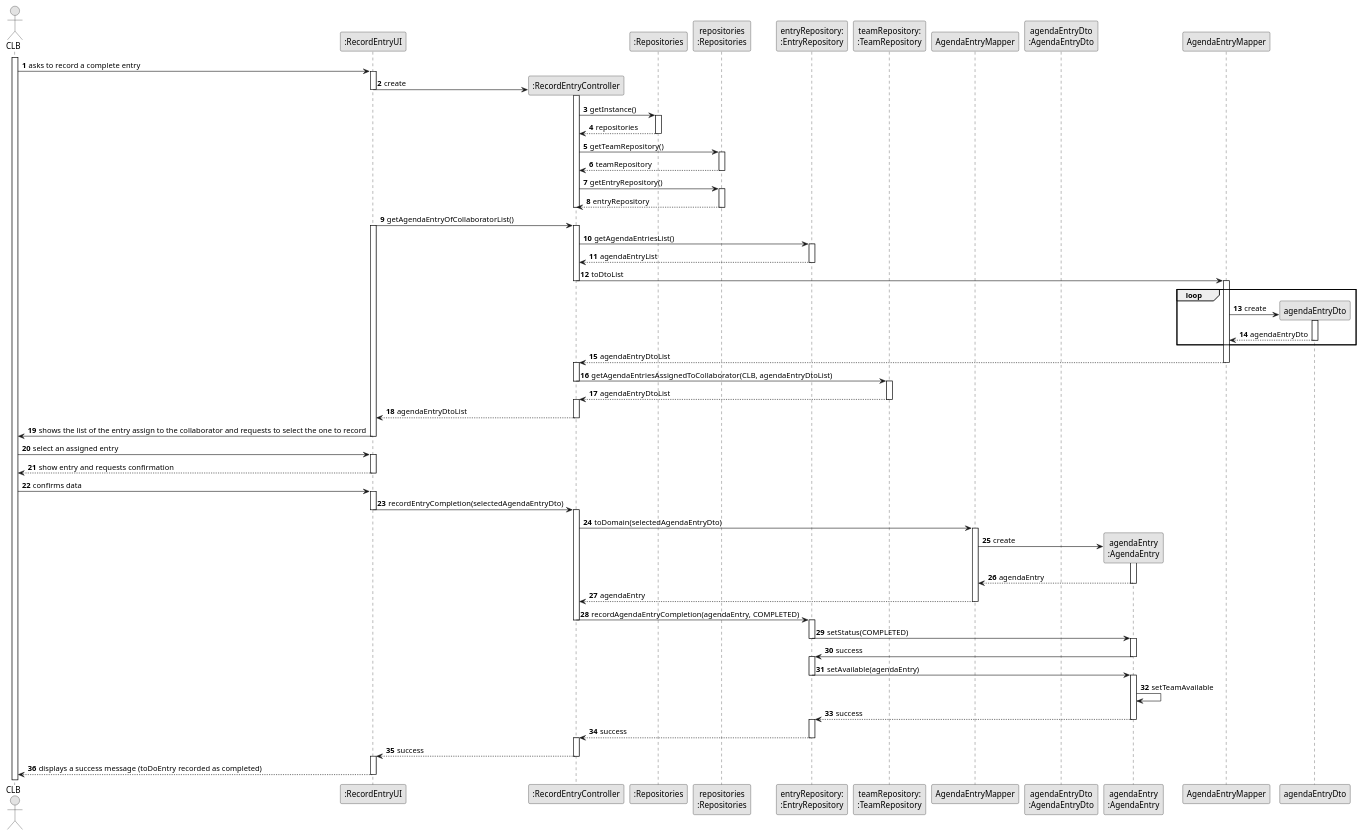
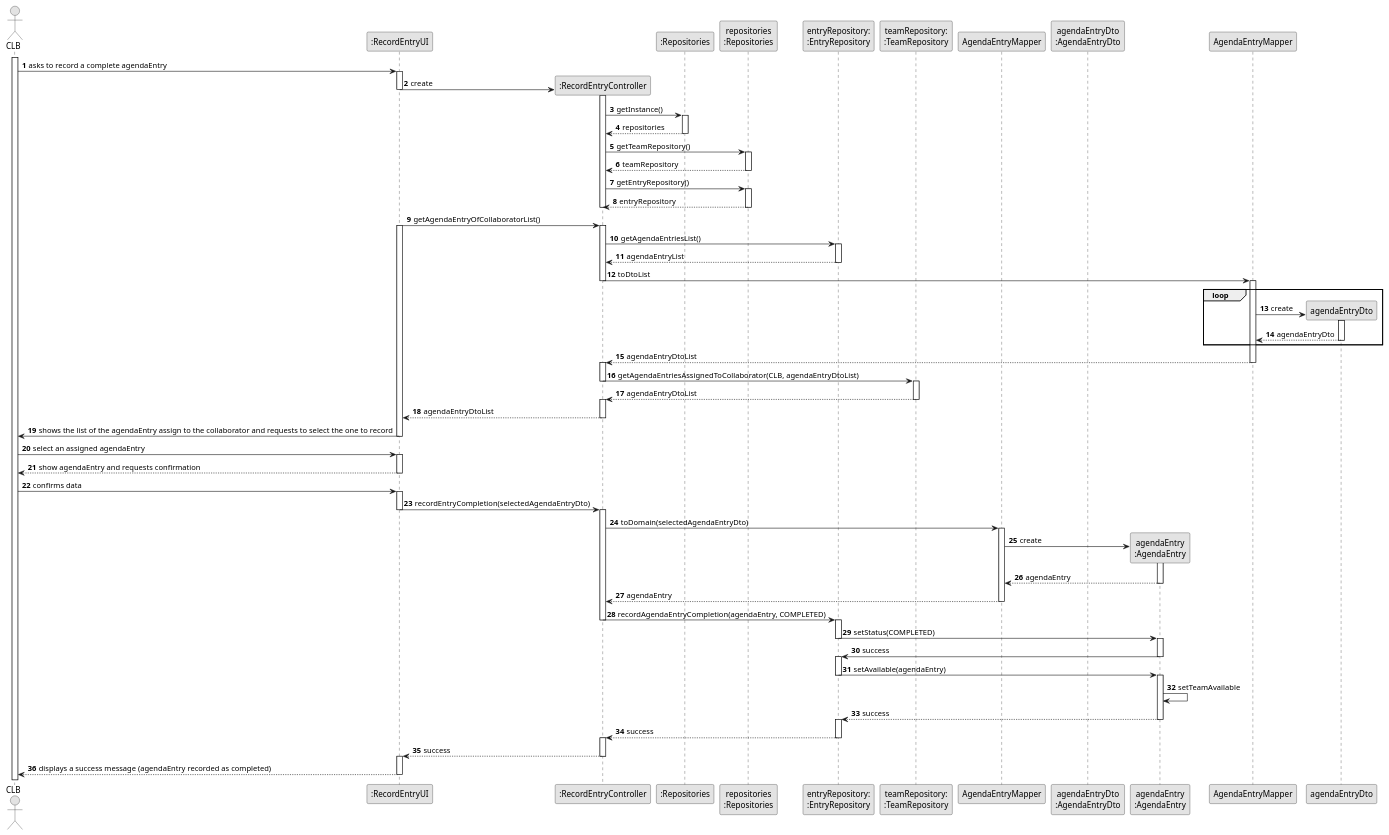
The diagram in docs/sprintC/us029/03.design/puml/us029-sequence-diagram-full.puml (ricardomm7/leaflink), drawn with PlantUML before and after one commit. The commit also changed 20 other files, not shown here.

```diff
--- a/docs/sprintC/us029/03.design/puml/us029-sequence-diagram-full.puml
+++ b/docs/sprintC/us029/03.design/puml/us029-sequence-diagram-full.puml
@@ -1,152 +1,152 @@
 @startuml
 skinparam monochrome true
 skinparam packageStyle rectangle
 skinparam shadowing false
 
 autonumber
 
 actor "CLB" as CLB
 participant ":RecordEntryUI" as UI
 participant ":RecordEntryController" as CTRL
 participant ":Repositories" as RepositorySingleton
 participant "repositories\n:Repositories" as PLAT
 participant "entryRepository:\n:EntryRepository" as EntryRepo
 participant "teamRepository:\n:TeamRepository" as TeamRepo
 participant "AgendaEntryMapper" as EntryMapper
 participant "agendaEntryDto\n:AgendaEntryDto" as EntryDto
 participant "agendaEntry\n:AgendaEntry" as AgendaEntry
 
 
 activate CLB
 
-    CLB -> UI : asks to record a complete entry
+    CLB -> UI : asks to record a complete agendaEntry
     activate UI
 
         UI -> CTRL** : create
         deactivate UI
         activate CTRL
 
             CTRL -> RepositorySingleton: getInstance()
             activate RepositorySingleton
 
                 RepositorySingleton --> CTRL: repositories
             deactivate RepositorySingleton
 
             CTRL -> PLAT : getTeamRepository()
             activate PLAT
 
                 PLAT --> CTRL: teamRepository
             deactivate PLAT
 
             CTRL -> PLAT : getEntryRepository()
             activate PLAT
 
                 PLAT --> CTRL: entryRepository
             deactivate PLAT
 
 
         deactivate CTRL
 
         UI -> CTRL: getAgendaEntryOfCollaboratorList()
         activate UI
         activate CTRL
 
             CTRL -> EntryRepo: getAgendaEntriesList()
             activate EntryRepo
 
             EntryRepo --> CTRL: agendaEntryList
             deactivate EntryRepo
 
             CTRL -> AgendaEntryMapper: toDtoList
             deactivate CTRL
             activate AgendaEntryMapper
 
             loop
 
                 AgendaEntryMapper -> agendaEntryDto**: create
                 activate agendaEntryDto
 
                 agendaEntryDto --> AgendaEntryMapper: agendaEntryDto
                 deactivate agendaEntryDto
 
             end loop
 
             AgendaEntryMapper --> CTRL: agendaEntryDtoList
             deactivate AgendaEntryMapper
             activate CTRL
 
             CTRL -> TeamRepo: getAgendaEntriesAssignedToCollaborator(CLB, agendaEntryDtoList)
             deactivate CTRL
             activate TeamRepo
 
 
                 TeamRepo --> CTRL: agendaEntryDtoList
             deactivate TeamRepo
         activate CTRL
 
         CTRL --> UI : agendaEntryDtoList
         deactivate CTRL
 
-        UI -> CLB : shows the list of the entry assign to the collaborator and requests to select the one to record
+        UI -> CLB : shows the list of the agendaEntry assign to the collaborator and requests to select the one to record
     deactivate UI
 
-    CLB -> UI : select an assigned entry
+    CLB -> UI : select an assigned agendaEntry
     activate UI
 
-        UI --> CLB : show entry and requests confirmation
+        UI --> CLB : show agendaEntry and requests confirmation
     deactivate UI
 
     CLB -> UI : confirms data
     activate UI
 
         UI -> CTRL : recordEntryCompletion(selectedAgendaEntryDto)
         deactivate UI
         activate CTRL
 
             CTRL -> EntryMapper : toDomain(selectedAgendaEntryDto)
             activate EntryMapper
 
                 EntryMapper -> AgendaEntry** : create
                 activate AgendaEntry
 
                 AgendaEntry --> EntryMapper : agendaEntry
                 deactivate AgendaEntry
 
                 EntryMapper --> CTRL : agendaEntry
             deactivate EntryMapper
 
             CTRL -> EntryRepo : recordAgendaEntryCompletion(agendaEntry, COMPLETED)
             deactivate CTRL
             activate EntryRepo
 
                 EntryRepo -> AgendaEntry : setStatus(COMPLETED)
                 deactivate EntryRepo
                 activate AgendaEntry
 
                 AgendaEntry -> EntryRepo : success
                 deactivate AgendaEntry
                 activate EntryRepo
 
                 EntryRepo -> AgendaEntry : setAvailable(agendaEntry)
                 deactivate EntryRepo
                 activate AgendaEntry
 
                 AgendaEntry -> AgendaEntry : setTeamAvailable
 
                 AgendaEntry --> EntryRepo : success
                 deactivate AgendaEntry
 
                 activate EntryRepo
 
             EntryRepo --> CTRL : success
             deactivate EntryRepo
             activate CTRL
 
             CTRL --> UI : success
         deactivate CTRL
         activate UI
 
-        UI --> CLB : displays a success message (toDoEntry recorded as completed)
+        UI --> CLB : displays a success message (agendaEntry recorded as completed)
     deactivate UI
 
 @enduml
```
